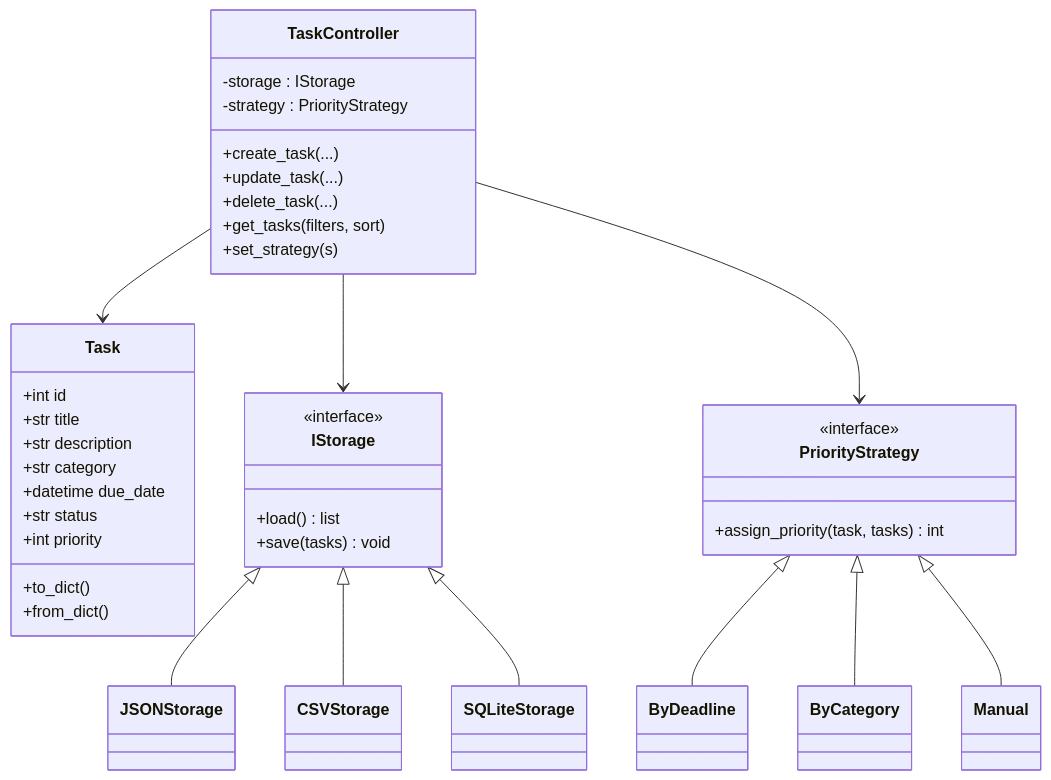
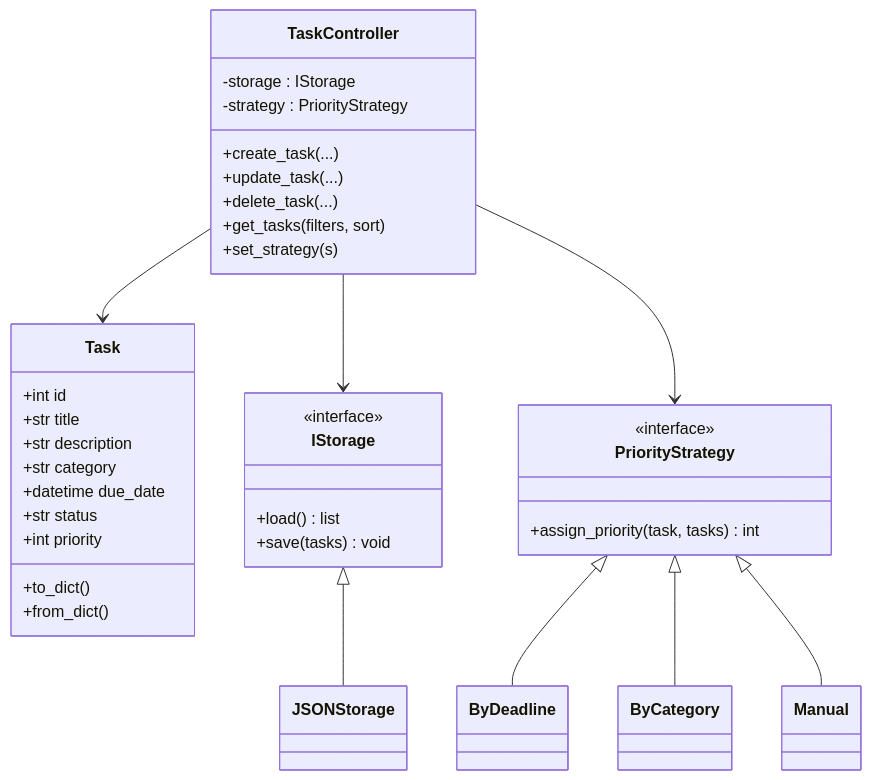
Before and after one commit to tremixx-cell/Gestor-de-Tareas: the first of 2 diagrams in README.MD, drawn with Mermaid.

````diff
--- a/README.MD
+++ b/README.MD
@@ -97,52 +97,49 @@
 ```mermaid
 classDiagram
     class Task {
         +int id
         +str title
         +str description
         +str category
         +datetime due_date
         +str status
         +int priority
         +to_dict()
         +from_dict()
     }
 
     class IStorage {
         <<interface>>
         +load() list
         +save(tasks) void
     }
 
     class JSONStorage
-    class CSVStorage
-    class SQLiteStorage
+
 
     class PriorityStrategy {
         <<interface>>
         +assign_priority(task, tasks) int
     }
     class ByDeadline
     class ByCategory
     class Manual
 
     class TaskController {
         -storage : IStorage
         -strategy : PriorityStrategy
         +create_task(...)
         +update_task(...)
         +delete_task(...)
         +get_tasks(filters, sort)
         +set_strategy(s)
     }
 
     TaskController --> IStorage
     TaskController --> PriorityStrategy
     TaskController --> Task
     IStorage <|-- JSONStorage
-    IStorage <|-- CSVStorage
-    IStorage <|-- SQLiteStorage
     PriorityStrategy <|-- ByDeadline
     PriorityStrategy <|-- ByCategory
     PriorityStrategy <|-- Manual
 ```
````
